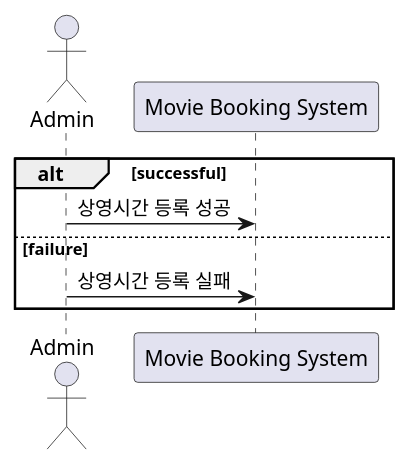
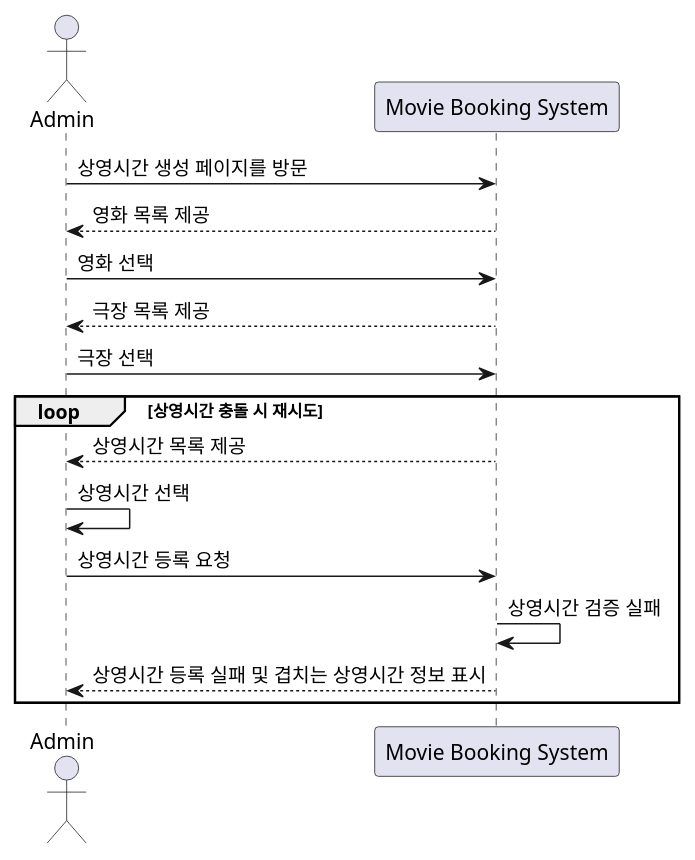
One commit to mannercode/mannercode.github.io changed the fifth of 13 diagrams in _posts/2025-05-01-movie-booking-system-2.md. Above: the diagram before and after it, drawn with PlantUML. The commit also changed other lines of this file and 30 other files, not shown here.

```diff
--- a/_posts/2025-05-01-movie-booking-system-2.md
+++ b/_posts/2025-05-01-movie-booking-system-2.md
@@ -124,12 +196,25 @@
 {% plantuml %}
 @startuml
 actor Admin
 participant "Movie Booking System" as mbs
 
-alt successful
-    Admin -> mbs: 상영시간 등록 성공
-else failure
-    Admin -> mbs: 상영시간 등록 실패
+Admin -> mbs:  상영시간 생성 페이지를 방문
+Admin <-- mbs:  영화 목록 제공
+
+Admin -> mbs:  영화 선택
+Admin <-- mbs: 극장 목록 제공
+
+Admin -> mbs:  극장 선택
+
+loop 상영시간 충돌 시 재시도
+    Admin <-- mbs: 상영시간 목록 제공
+
+    Admin -> Admin:  상영시간 선택
+    Admin -> mbs:  상영시간 등록 요청
+
+    mbs -> mbs:  상영시간 검증 실패
+
+    Admin <-- mbs: 상영시간 등록 실패 및 겹치는 상영시간 정보 표시
 end
 @enduml
 {% endplantuml %}
```
